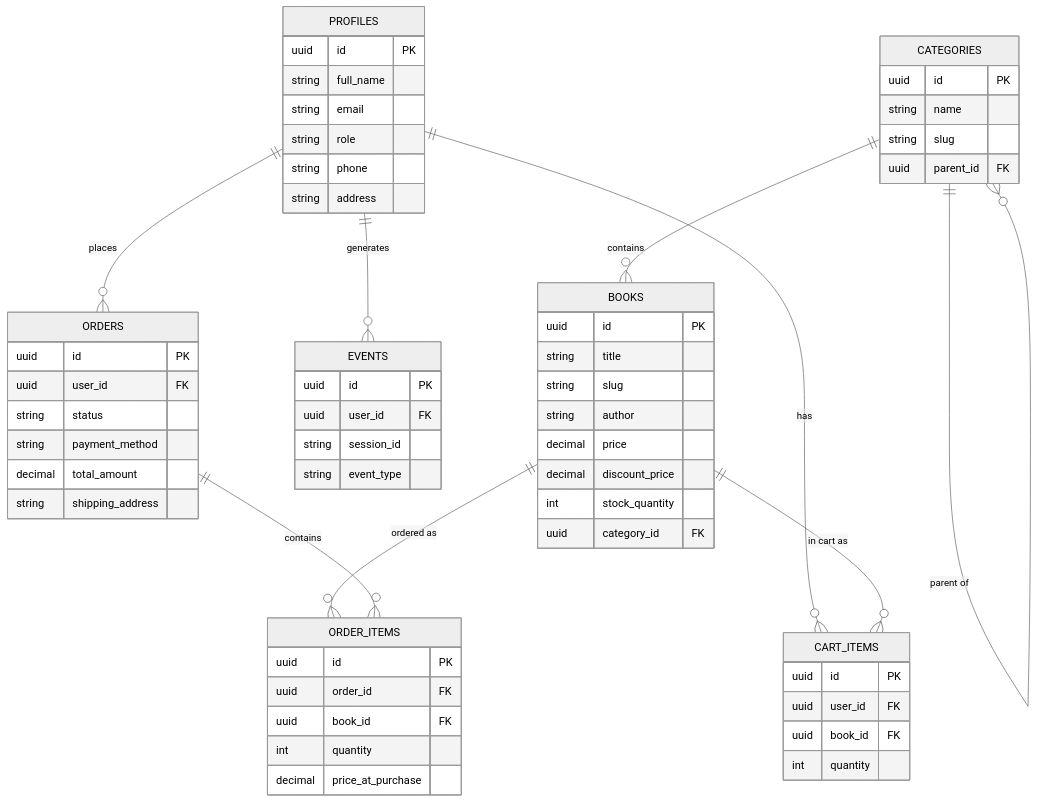
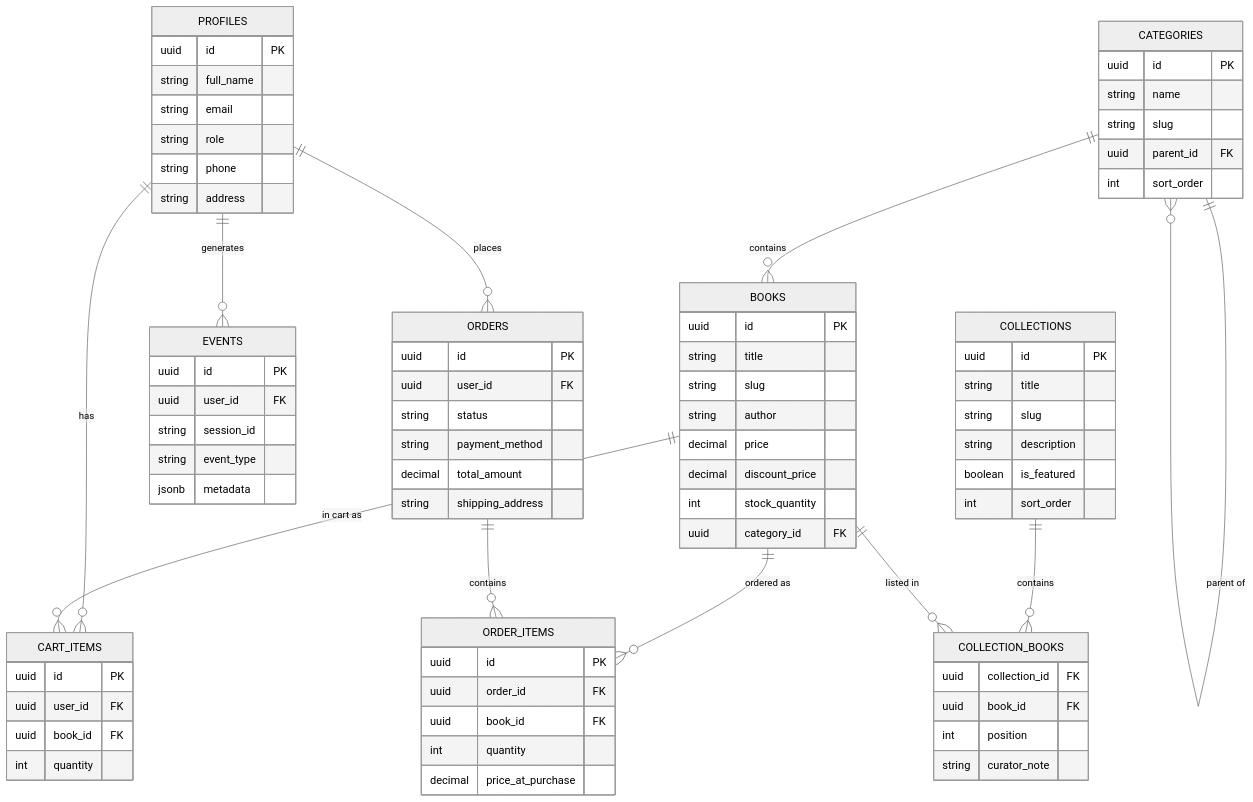
Before and after one commit to ducle20052205/book-store-website: the first of 3 diagrams in docs/SRS.md, drawn with Mermaid (neutral theme). The commit also changed other lines of this file and 1 other file, not shown here.

````diff
--- a/docs/SRS.md
+++ b/docs/SRS.md
@@ -43,63 +49,81 @@
 ```mermaid
 erDiagram
     PROFILES ||--o{ ORDERS : places
     PROFILES ||--o{ CART_ITEMS : has
     PROFILES ||--o{ EVENTS : generates
     CATEGORIES ||--o{ CATEGORIES : "parent of"
     CATEGORIES ||--o{ BOOKS : contains
     BOOKS ||--o{ CART_ITEMS : "in cart as"
     BOOKS ||--o{ ORDER_ITEMS : "ordered as"
     ORDERS ||--o{ ORDER_ITEMS : contains
+    COLLECTIONS ||--o{ COLLECTION_BOOKS : contains
+    BOOKS ||--o{ COLLECTION_BOOKS : "listed in"
 
     PROFILES {
         uuid id PK
         string full_name
         string email
         string role
         string phone
         string address
     }
     CATEGORIES {
         uuid id PK
         string name
         string slug
         uuid parent_id FK
+        int sort_order
     }
     BOOKS {
         uuid id PK
         string title
         string slug
         string author
         decimal price
         decimal discount_price
         int stock_quantity
         uuid category_id FK
     }
     CART_ITEMS {
         uuid id PK
         uuid user_id FK
         uuid book_id FK
         int quantity
     }
     ORDERS {
         uuid id PK
         uuid user_id FK
         string status
         string payment_method
         decimal total_amount
         string shipping_address
     }
     ORDER_ITEMS {
         uuid id PK
         uuid order_id FK
         uuid book_id FK
         int quantity
         decimal price_at_purchase
     }
     EVENTS {
         uuid id PK
         uuid user_id FK
         string session_id
         string event_type
+        jsonb metadata
+    }
+    COLLECTIONS {
+        uuid id PK
+        string title
+        string slug
+        string description
+        boolean is_featured
+        int sort_order
+    }
+    COLLECTION_BOOKS {
+        uuid collection_id FK
+        uuid book_id FK
+        int position
+        string curator_note
     }
 ```
````
